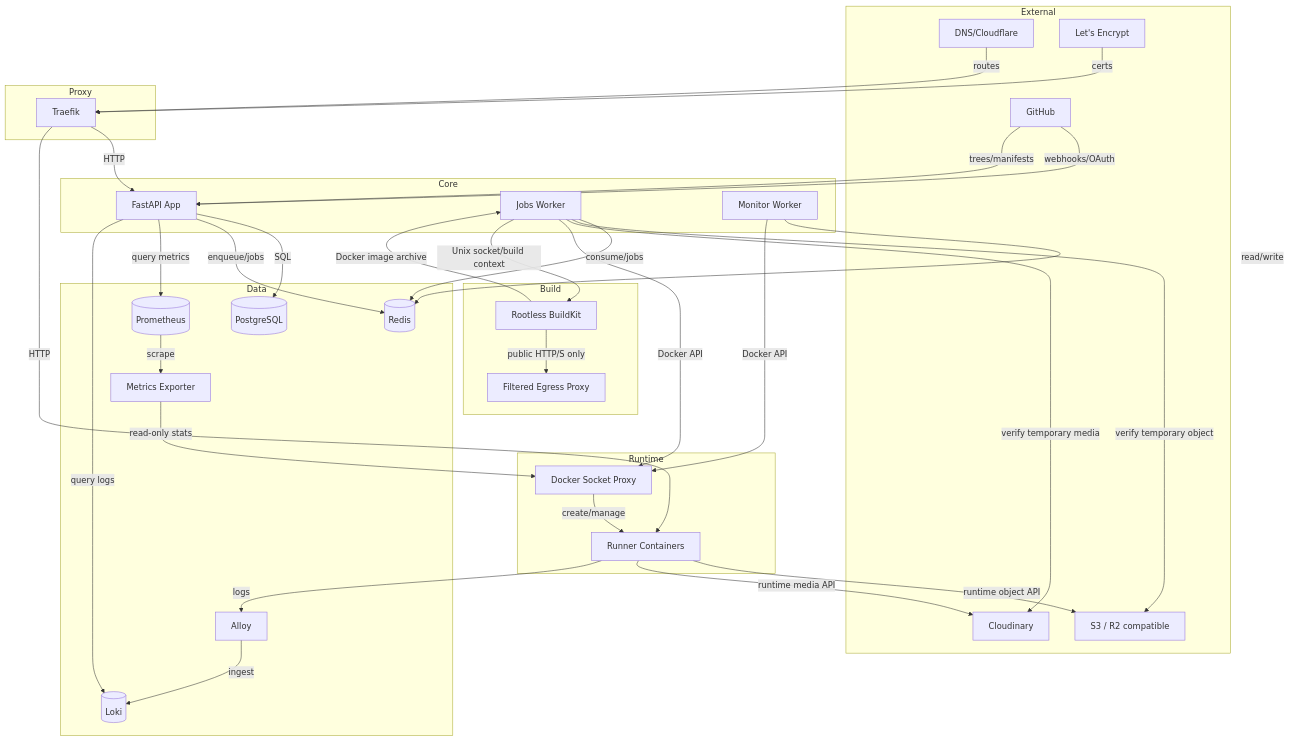
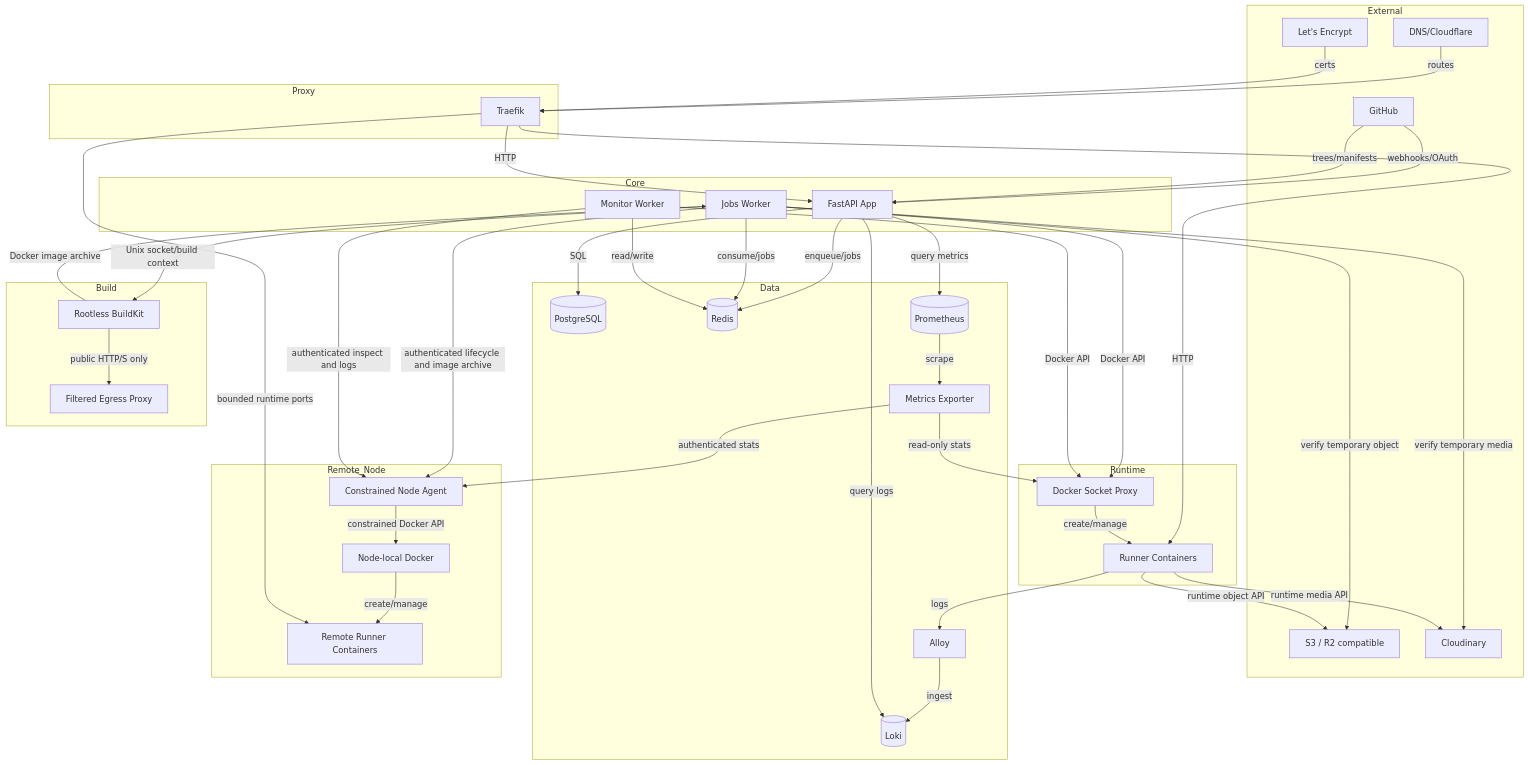
Before and after one commit to mayowaoladosu/devvpush: the first of 2 diagrams in ARCHITECTURE.md, drawn with Mermaid. The commit also changed other lines of this file and 38 other files, not shown here.

````diff
--- a/ARCHITECTURE.md
+++ b/ARCHITECTURE.md
@@ -50,66 +52,78 @@
 ```mermaid
 flowchart TB
   subgraph External
     GH[GitHub]
     DNS[DNS/Cloudflare]
     ACME[Let's Encrypt]
     OBJ[S3 / R2 compatible]
     MEDIA[Cloudinary]
   end
 
   subgraph Proxy
     T[Traefik]
   end
 
   subgraph Core
     A[FastAPI App]
     W[Jobs Worker]
     M[Monitor Worker]
   end
 
   subgraph Data
     PG[(PostgreSQL)]
     R[(Redis)]
     AL[Alloy]
     L[(Loki)]
     MX[Metrics Exporter]
     P[(Prometheus)]
   end
 
   subgraph Runtime
     DP[Docker Socket Proxy]
     RC[Runner Containers]
   end
 
+  subgraph Remote_Node
+    NA[Constrained Node Agent]
+    RD[Node-local Docker]
+    RRC[Remote Runner Containers]
+  end
+
   subgraph Build
     BK[Rootless BuildKit]
     EP[Filtered Egress Proxy]
   end
 
   GH -- webhooks/OAuth --> A
   GH -- trees/manifests --> A
   DNS -- routes --> T
   ACME -- certs --> T
   T -- HTTP --> A
   T -- HTTP --> RC
   A -- SQL --> PG
   A -- enqueue/jobs --> R
   W -- consume/jobs --> R
   W -- verify temporary object --> OBJ
   W -- verify temporary media --> MEDIA
   M -- read/write --> R
   W -- Docker API --> DP
   W -- Unix socket/build context --> BK
   BK -- Docker image archive --> W
   BK -- public HTTP/S only --> EP
   M -- Docker API --> DP
   DP -- create/manage --> RC
+  W -- authenticated lifecycle and image archive --> NA
+  M -- authenticated inspect and logs --> NA
+  MX -- authenticated stats --> NA
+  NA -- constrained Docker API --> RD
+  RD -- create/manage --> RRC
+  T -- bounded runtime ports --> RRC
   RC -- runtime object API --> OBJ
   RC -- runtime media API --> MEDIA
   MX -- read-only stats --> DP
   P -- scrape --> MX
   A -- query metrics --> P
   RC -- logs --> AL
   AL -- ingest --> L
   A -- query logs --> L
 ```
````
